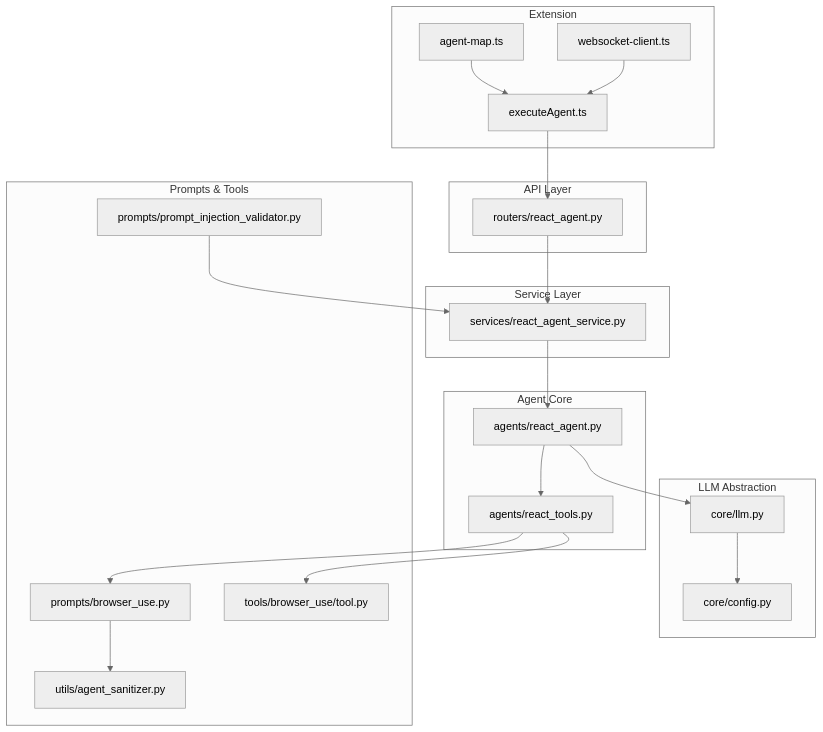
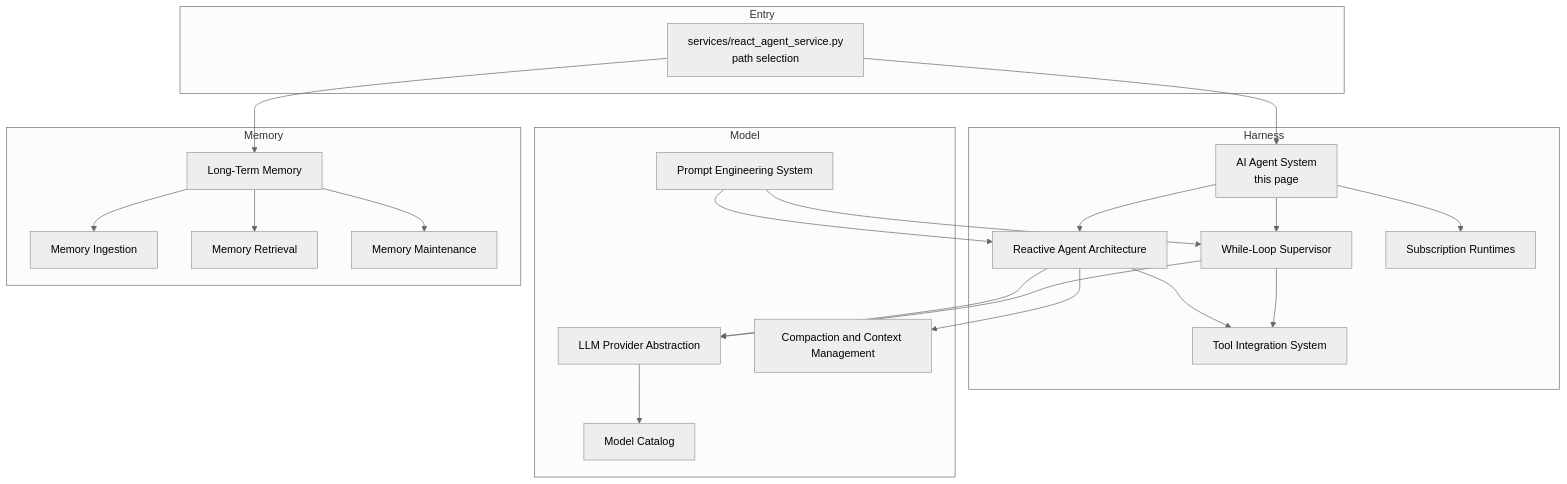
The first of 3 diagrams in src/data/docs/agentic-browser/AI Agent System/AI Agent System.md (tashifkhan/tashif.codes), drawn with Mermaid (neutral theme) before and after one commit. The commit also changed other lines of this file and 114 other files, not shown here.

````diff
--- a/src/data/docs/agentic-browser/AI Agent System/AI Agent System.md
+++ b/src/data/docs/agentic-browser/AI Agent System/AI Agent System.md
@@ -18,40 +17,41 @@
 ```mermaid
 graph TB
-subgraph "Extension"
-EXTS["executeAgent.ts"]
-MAP["agent-map.ts"]
-WS["websocket-client.ts"]
-end
-subgraph "API Layer"
-ROUTER["routers/react_agent.py"]
-end
-subgraph "Service Layer"
-SVC["services/react_agent_service.py"]
-end
-subgraph "Agent Core"
-GRAPH["agents/react_agent.py"]
-TOOLS["agents/react_tools.py"]
-end
-subgraph "LLM Abstraction"
-LLM["core/llm.py"]
-CFG["core/config.py"]
-end
-subgraph "Prompts & Tools"
-PROMPT_BROWSER["prompts/browser_use.py"]
-TOOL_BROWSER["tools/browser_use/tool.py"]
-SAN["utils/agent_sanitizer.py"]
-INJ["prompts/prompt_injection_validator.py"]
-end
-EXTS --> ROUTER
-MAP --> EXTS
-WS --> EXTS
-ROUTER --> SVC
-SVC --> GRAPH
-GRAPH --> TOOLS
-TOOLS --> PROMPT_BROWSER
-TOOLS --> TOOL_BROWSER
-GRAPH --> LLM
-LLM --> CFG
-PROMPT_BROWSER --> SAN
-INJ --> SVC
+  subgraph Entry
+    Svc["services/react_agent_service.py<br/>path selection"]
+  end
+  subgraph Harness
+    Index["AI Agent System<br/>this page"]
+    React["Reactive Agent Architecture"]
+    Supervisor["While-Loop Supervisor"]
+    Tools["Tool Integration System"]
+    Runtimes["Subscription Runtimes"]
+  end
+  subgraph Model
+    Providers["LLM Provider Abstraction"]
+    Catalog["Model Catalog"]
+    Prompts["Prompt Engineering System"]
+    Context["Compaction and Context Management"]
+  end
+  subgraph Memory
+    LTM["Long-Term Memory"]
+    Ingest["Memory Ingestion"]
+    Retrieve["Memory Retrieval"]
+    Maint["Memory Maintenance"]
+  end
+  Svc --> Index
+  Index --> React
+  Index --> Supervisor
+  Index --> Runtimes
+  React --> Tools
+  Supervisor --> Tools
+  React --> Providers
+  Supervisor --> Providers
+  React --> Context
+  Prompts --> React
+  Prompts --> Supervisor
+  Providers --> Catalog
+  Svc --> LTM
+  LTM --> Ingest
+  LTM --> Retrieve
+  LTM --> Maint
 ```
````
